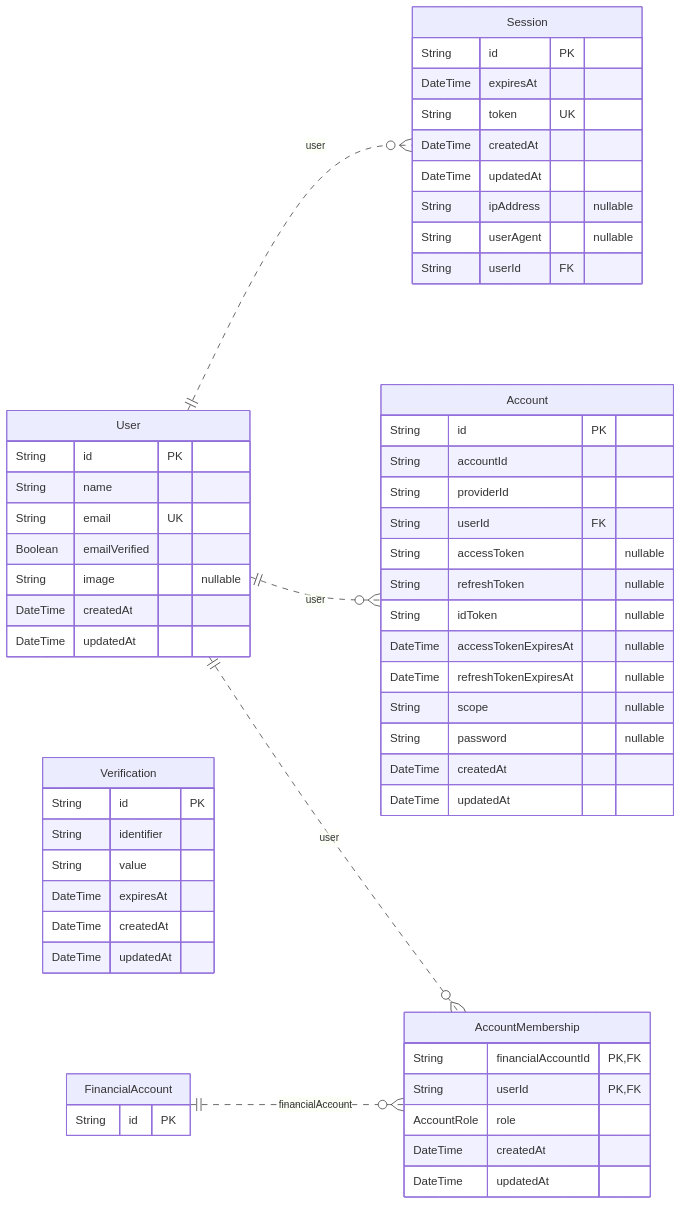
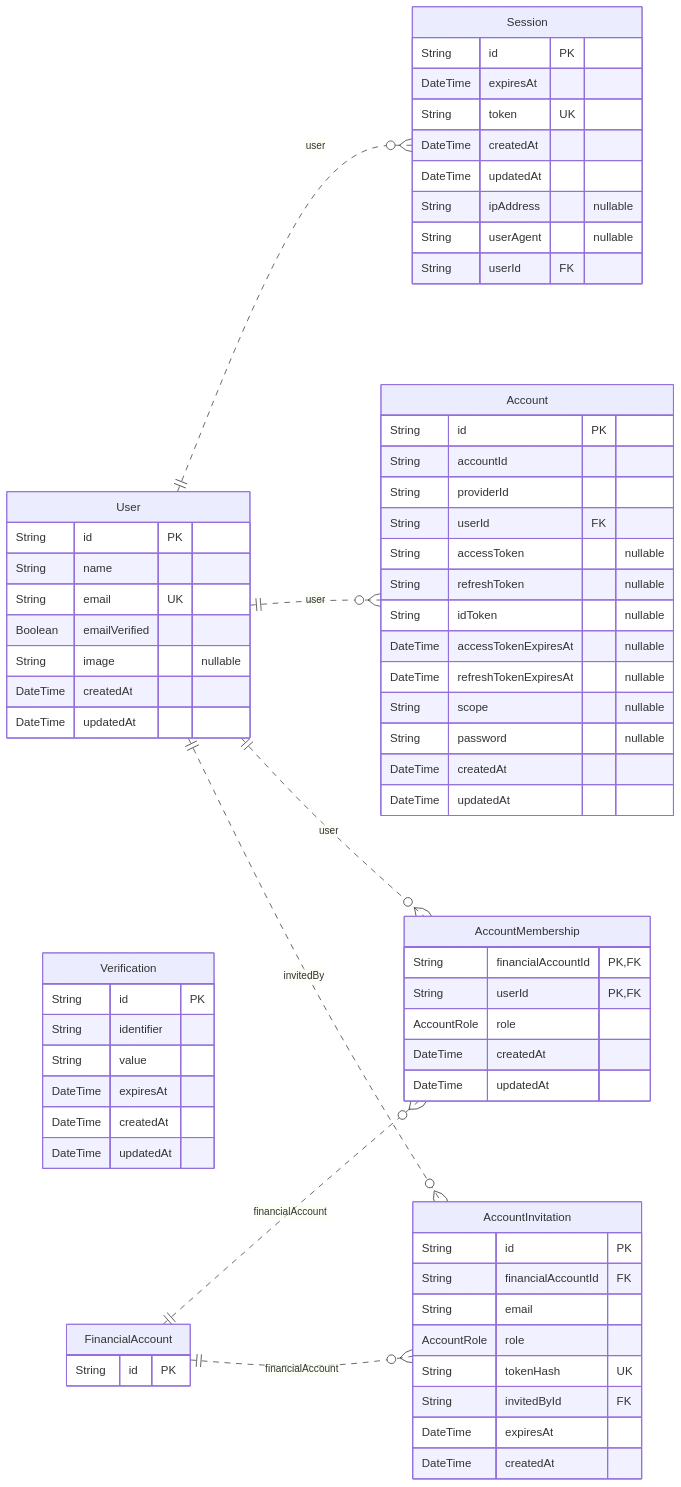
One commit to gkoura/centscope changed the first of 4 diagrams in prisma/ERD.md. Above: the diagram before and after it, drawn with Mermaid. The commit also changed other lines of this file and 52 other files, not shown here.

````diff
--- a/prisma/ERD.md
+++ b/prisma/ERD.md
@@ -15,60 +15,72 @@
 ```mermaid
 erDiagram
     direction LR
     User {
         String id PK
         String name
         String email UK
         Boolean emailVerified
         String image "nullable"
         DateTime createdAt
         DateTime updatedAt
     }
     Session {
         String id PK
         DateTime expiresAt
         String token UK
         DateTime createdAt
         DateTime updatedAt
         String ipAddress "nullable"
         String userAgent "nullable"
         String userId FK
     }
     Account {
         String id PK
         String accountId
         String providerId
         String userId FK
         String accessToken "nullable"
         String refreshToken "nullable"
         String idToken "nullable"
         DateTime accessTokenExpiresAt "nullable"
         DateTime refreshTokenExpiresAt "nullable"
         String scope "nullable"
         String password "nullable"
         DateTime createdAt
         DateTime updatedAt
     }
     Verification {
         String id PK
         String identifier
         String value
         DateTime expiresAt
         DateTime createdAt
         DateTime updatedAt
     }
     AccountMembership {
         String financialAccountId PK, FK
         String userId PK, FK
         AccountRole role
         DateTime createdAt
         DateTime updatedAt
     }
+    AccountInvitation {
+        String id PK
+        String financialAccountId FK
+        String email
+        AccountRole role
+        String tokenHash UK
+        String invitedById FK
+        DateTime expiresAt
+        DateTime createdAt
+    }
     FinancialAccount {
         String id PK
     }
     User ||..o{ Session : "user"
     User ||..o{ Account : "user"
     FinancialAccount ||..o{ AccountMembership : "financialAccount"
     User ||..o{ AccountMembership : "user"
+    FinancialAccount ||..o{ AccountInvitation : "financialAccount"
+    User ||..o{ AccountInvitation : "invitedBy"
 ```
````
